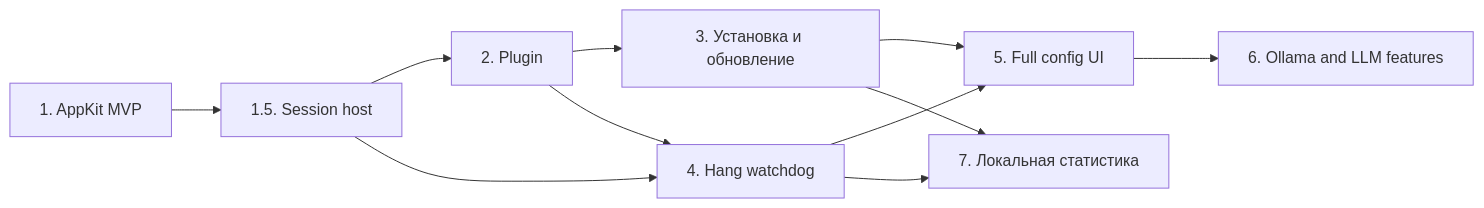
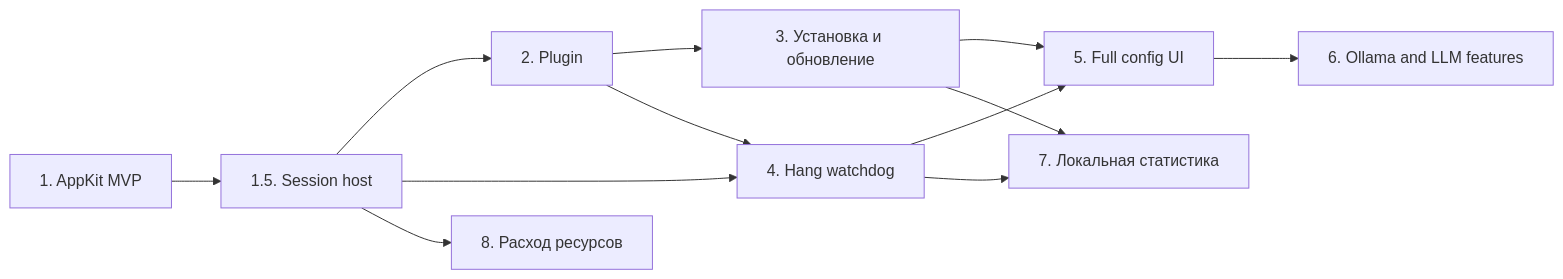
The diagram in docs/implementation-plan.md (glockbender/agentwatcher), drawn with Mermaid before and after one commit. The commit also changed other lines of this file and 19 other files, not shown here.

````diff
--- a/docs/implementation-plan.md
+++ b/docs/implementation-plan.md
@@ -52,13 +52,14 @@
 ```mermaid
 flowchart LR
     S1[1. AppKit MVP] --> S15[1.5. Session host]
     S15 --> S2[2. Plugin]
     S2 --> S3[3. Установка и обновление]
     S15 --> S4[4. Hang watchdog]
     S2 --> S4
     S3 --> S5[5. Full config UI]
     S4 --> S5
     S5 --> S6[6. Ollama and LLM features]
     S3 --> S7[7. Локальная статистика]
     S4 --> S7
+    S15 --> S8[8. Расход ресурсов]
 ```
````
